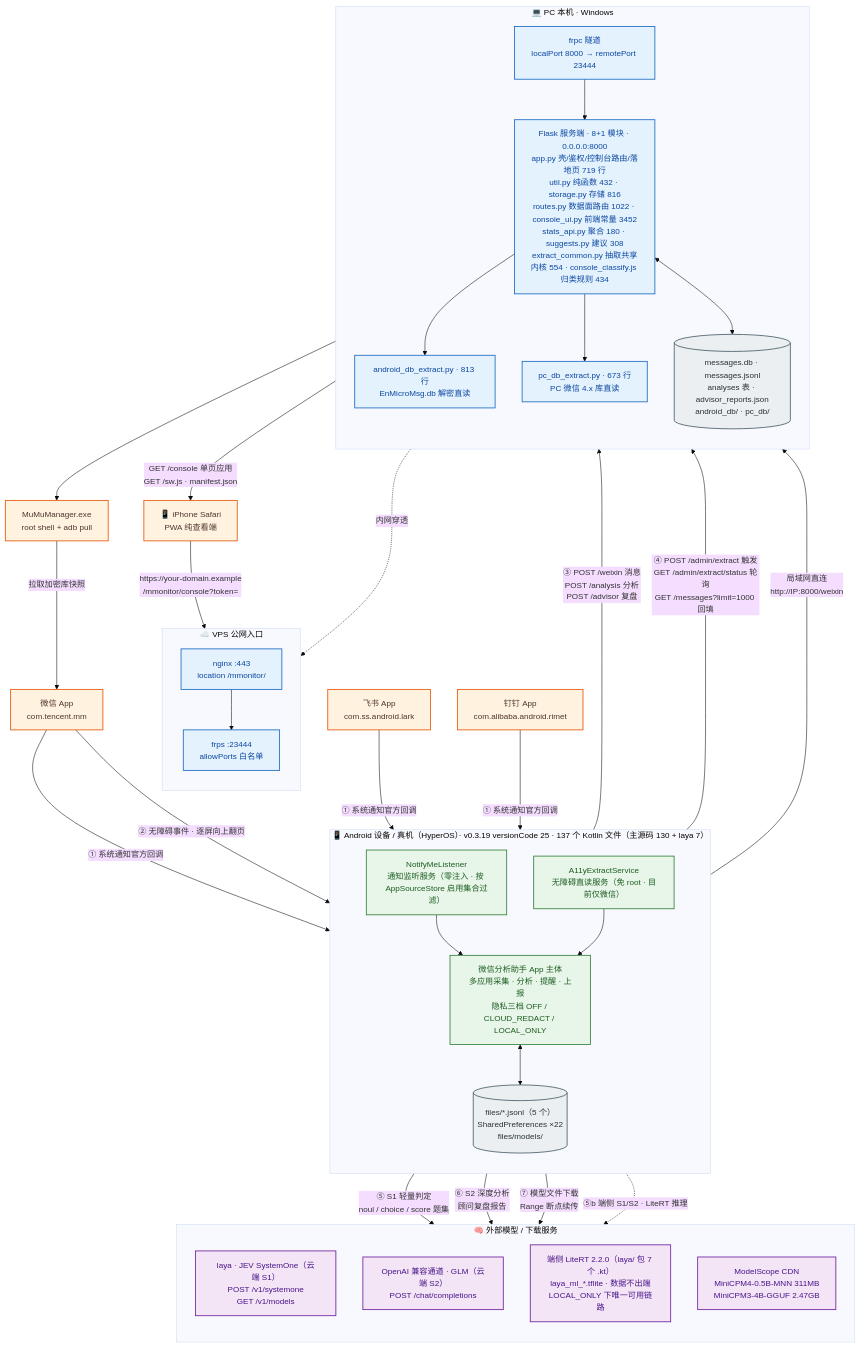
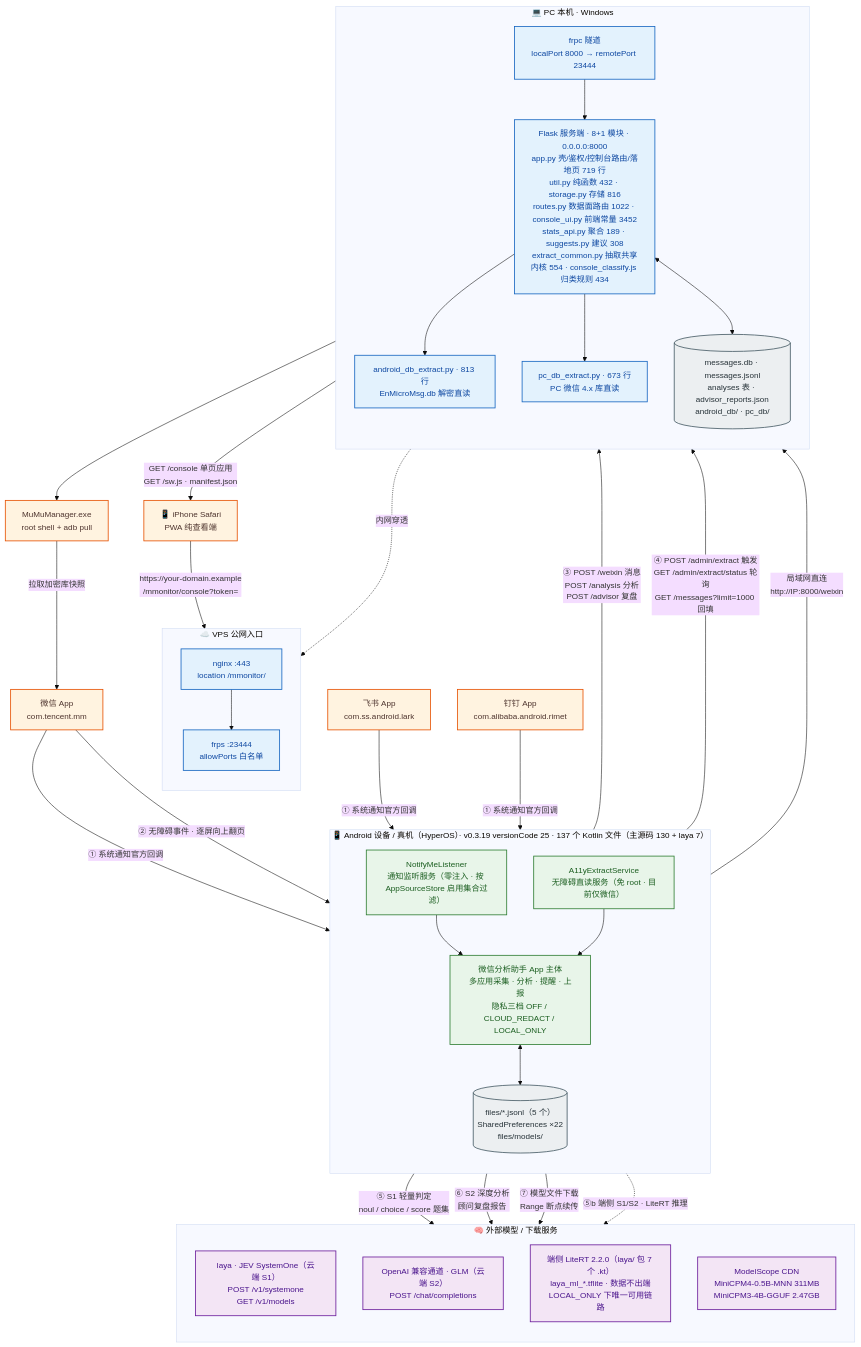
The diagram in docs/architecture/diagrams/01-system-context.mmd (solidjoker/notifyme), drawn with Mermaid before and after one commit. The commit also changed 12 other files, not shown here.

```diff
--- a/docs/architecture/diagrams/01-system-context.mmd
+++ b/docs/architecture/diagrams/01-system-context.mmd
@@ -1,70 +1,70 @@
 %%{init: {'theme':'base','themeVariables':{'fontSize':'15px','fontFamily':'Microsoft YaHei, PingFang SC, sans-serif'},'flowchart':{'htmlLabels':true,'curve':'basis'}}}%%
 flowchart TB
     classDef ext  fill:#fff3e0,stroke:#e65100,stroke-width:1.5px,color:#4e342e
     classDef app  fill:#e8f5e9,stroke:#2e7d32,stroke-width:1.5px,color:#1b5e20
     classDef srv  fill:#e3f2fd,stroke:#1565c0,stroke-width:1.5px,color:#0d47a1
     classDef llm  fill:#f3e5f5,stroke:#6a1b9a,stroke-width:1.5px,color:#4a148c
     classDef store fill:#eceff1,stroke:#455a64,stroke-width:1.5px,color:#263238
 
     WX["微信 App<br/>com.tencent.mm"]:::ext
     FS["飞书 App<br/>com.ss.android.lark"]:::ext
     DT["钉钉 App<br/>com.alibaba.android.rimet"]:::ext
 
     subgraph DEV["📱 Android 设备 / 真机（HyperOS）· v0.3.19 versionCode 25 · 137 个 Kotlin 文件（主源码 130 + laya 7）"]
         direction TB
         NL["NotifyMeListener<br/>通知监听服务（零注入 · 按 AppSourceStore 启用集合过滤）"]:::app
         A11Y["A11yExtractService<br/>无障碍直读服务（免 root · 目前仅微信）"]:::app
         CORE["微信分析助手 App 主体<br/>多应用采集 · 分析 · 提醒 · 上报<br/>隐私三档 OFF / CLOUD_REDACT / LOCAL_ONLY"]:::app
         STORE[("files/*.jsonl（5 个）<br/>SharedPreferences ×22<br/>files/models/")]:::store
         NL --> CORE
         A11Y --> CORE
         CORE <--> STORE
     end
 
     subgraph HOST["💻 PC 本机 · Windows"]
         direction TB
-        FLASK["Flask 服务端 · 8+1 模块 · 0.0.0.0:8000<br/>app.py 壳/鉴权/控制台路由/落地页 719 行<br/>util.py 纯函数 432 · storage.py 存储 816<br/>routes.py 数据面路由 1022 · console_ui.py 前端常量 3452<br/>stats_api.py 聚合 180 · suggests.py 建议 308<br/>extract_common.py 抽取共享内核 554 · console_classify.js 归类规则 434"]:::srv
+        FLASK["Flask 服务端 · 8+1 模块 · 0.0.0.0:8000<br/>app.py 壳/鉴权/控制台路由/落地页 719 行<br/>util.py 纯函数 432 · storage.py 存储 816<br/>routes.py 数据面路由 1022 · console_ui.py 前端常量 3452<br/>stats_api.py 聚合 189 · suggests.py 建议 308<br/>extract_common.py 抽取共享内核 554 · console_classify.js 归类规则 434"]:::srv
         ADBEX["android_db_extract.py · 813 行<br/>EnMicroMsg.db 解密直读"]:::srv
         PCEX["pc_db_extract.py · 673 行<br/>PC 微信 4.x 库直读"]:::srv
         DB[("messages.db · messages.jsonl<br/>analyses 表 · advisor_reports.json<br/>android_db/ · pc_db/")]:::store
         FRPC["frpc 隧道<br/>localPort 8000 → remotePort 23444"]:::srv
         FLASK --> ADBEX
         FLASK --> PCEX
         FLASK <--> DB
         FRPC --> FLASK
     end
 
     subgraph VPS["☁️ VPS 公网入口"]
         direction TB
         NGINX["nginx :443<br/>location /mmonitor/"]:::srv
         FRPS["frps :23444<br/>allowPorts 白名单"]:::srv
         NGINX --> FRPS
     end
 
     subgraph AI["🧠 外部模型 / 下载服务"]
         direction TB
         LAYA["laya · JEV SystemOne（云端 S1）<br/>POST /v1/systemone<br/>GET /v1/models"]:::llm
         GLM["OpenAI 兼容通道 · GLM（云端 S2）<br/>POST /chat/completions"]:::llm
         LITE["端侧 LiteRT 2.2.0（laya/ 包 7 个 .kt）<br/>laya_ml_*.tflite · 数据不出端<br/>LOCAL_ONLY 下唯一可用链路"]:::llm
         MS["ModelScope CDN<br/>MiniCPM4-0.5B-MNN 311MB<br/>MiniCPM3-4B-GGUF 2.47GB"]:::llm
     end
 
     MUMU["MuMuManager.exe<br/>root shell + adb pull"]:::ext
     IPHONE["📱 iPhone Safari<br/>PWA 纯查看端"]:::ext
 
     WX -->|"① 系统通知官方回调"| NL
     FS -->|"① 系统通知官方回调"| NL
     DT -->|"① 系统通知官方回调"| NL
     WX -->|"② 无障碍事件 · 逐屏向上翻页"| A11Y
     CORE -->|"③ POST /weixin 消息<br/>POST /analysis 分析<br/>POST /advisor 复盘"| FLASK
     CORE -->|"④ POST /admin/extract 触发<br/>GET /admin/extract/status 轮询<br/>GET /messages?limit=1000 回填"| FLASK
     CORE -->|"⑤ S1 轻量判定<br/>noul / choice / score 题集"| LAYA
     CORE -->|"⑥ S2 深度分析<br/>顾问复盘报告"| GLM
     CORE -->|"⑦ 模型文件下载<br/>Range 断点续传"| MS
     CORE -.->|"⑤b 端侧 S1/S2 · LiteRT 推理"| LITE
     ADBEX --> MUMU
     MUMU -->|"拉取加密库快照"| WX
     CORE -->|"局域网直连<br/>http://IP:8000/weixin"| FLASK
     FRPC -.->|"内网穿透"| FRPS
     IPHONE -->|"https://your-domain.example<br/>/mmonitor/console?token="| NGINX
     FLASK -->|"GET /console 单页应用<br/>GET /sw.js · manifest.json"| IPHONE
```
